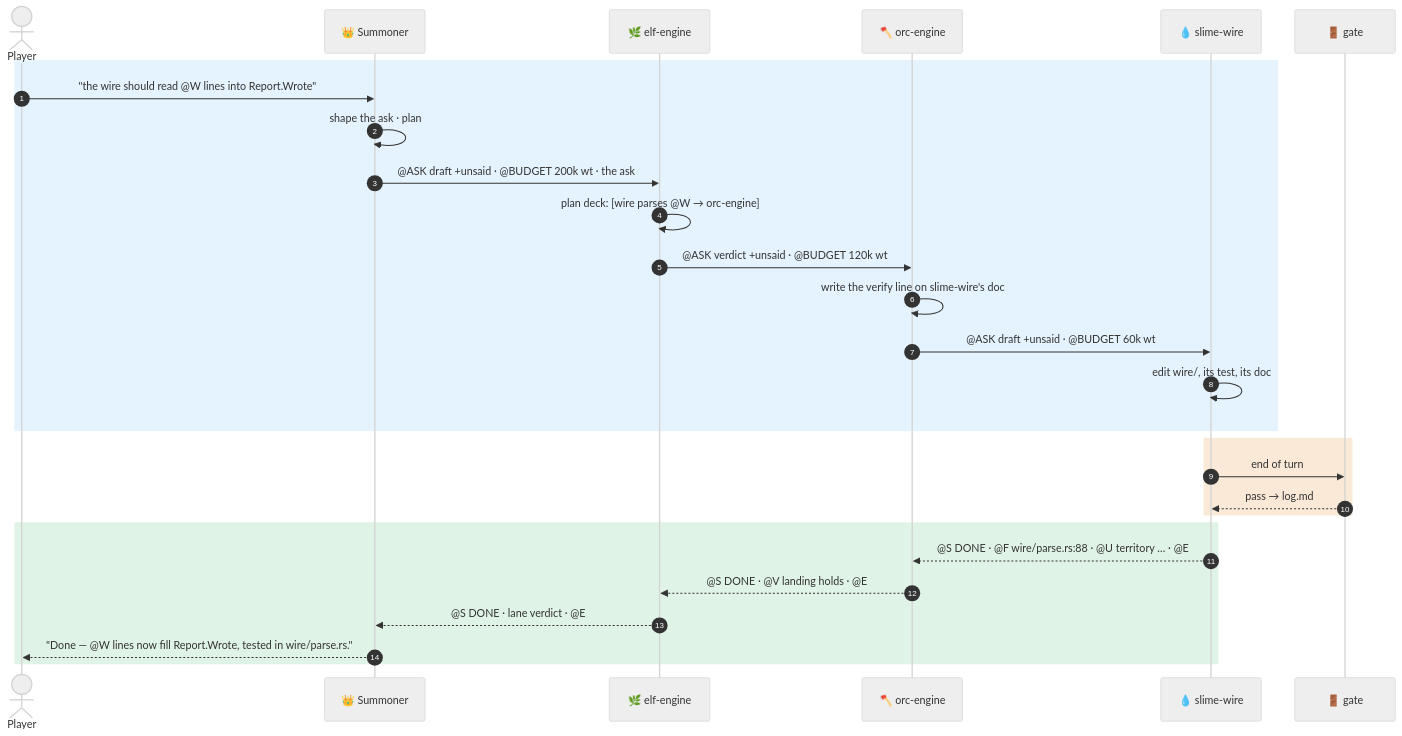
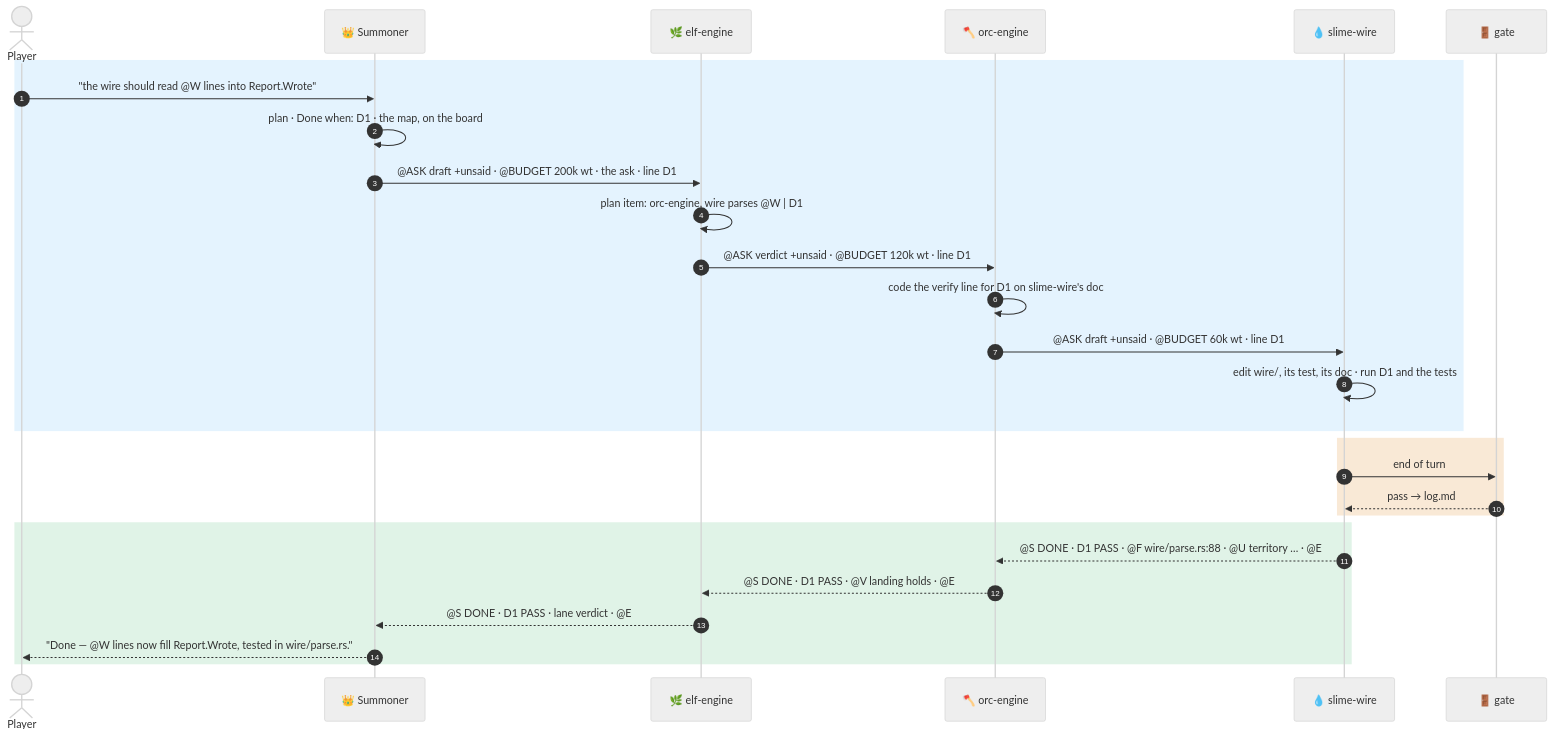
The first of 4 diagrams in docs/04-communication.md (Kaginari/mnemorph), drawn with Mermaid before and after one commit. The commit also changed other lines of this file and 18 other files, not shown here.

````diff
--- a/docs/04-communication.md
+++ b/docs/04-communication.md
@@ -21,37 +21,37 @@
 ```mermaid
 ---
 config:
   look: handDrawn
   theme: neutral
   flowchart:
     wrappingWidth: 360
 ---
 sequenceDiagram
     autonumber
     actor V as Player
     participant R as 👑 Summoner
     participant E as 🌿 elf-engine
     participant O as 🪓 orc-engine
     participant S as 💧 slime-wire
     participant G as 🚪 gate
     rect rgba(63,169,245,0.14)
     V->>R: "the wire should read @W lines into Report.Wrote"
-    R->>R: shape the ask · plan
-    R->>E: @ASK draft +unsaid · @BUDGET 200k wt · the ask
-    E->>E: plan deck: [wire parses @W → orc-engine]
-    E->>O: @ASK verdict +unsaid · @BUDGET 120k wt
-    O->>O: write the verify line on slime-wire's doc
-    O->>S: @ASK draft +unsaid · @BUDGET 60k wt
-    S->>S: edit wire/, its test, its doc
+    R->>R: plan · Done when: D1 · the map, on the board
+    R->>E: @ASK draft +unsaid · @BUDGET 200k wt · the ask · line D1
+    E->>E: plan item: orc-engine, wire parses @W | D1
+    E->>O: @ASK verdict +unsaid · @BUDGET 120k wt · line D1
+    O->>O: code the verify line for D1 on slime-wire's doc
+    O->>S: @ASK draft +unsaid · @BUDGET 60k wt · line D1
+    S->>S: edit wire/, its test, its doc · run D1 and the tests
     end
     rect rgba(217,119,6,0.16)
     S->>G: end of turn
     G-->>S: pass → log.md
     end
     rect rgba(22,163,74,0.13)
-    S-->>O: @S DONE · @F wire/parse.rs:88 · @U territory … · @E
-    O-->>E: @S DONE · @V landing holds · @E
-    E-->>R: @S DONE · lane verdict · @E
+    S-->>O: @S DONE · D1 PASS · @F wire/parse.rs:88 · @U territory … · @E
+    O-->>E: @S DONE · D1 PASS · @V landing holds · @E
+    E-->>R: @S DONE · D1 PASS · lane verdict · @E
     R-->>V: "Done — @W lines now fill Report.Wrote, tested in wire/parse.rs."
     end
 ```
````
